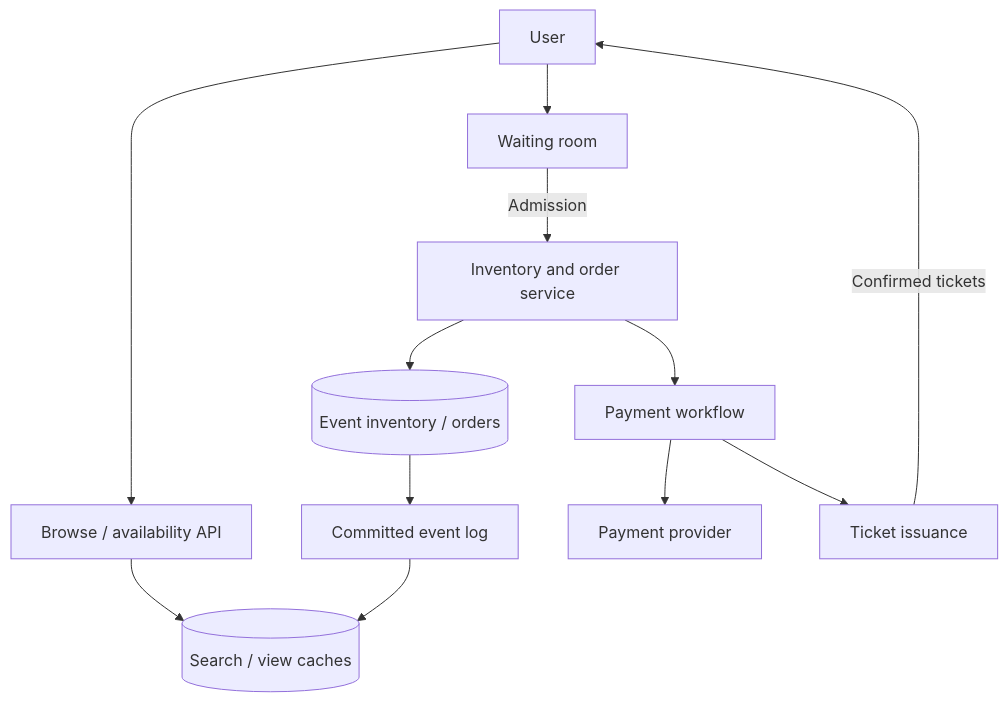
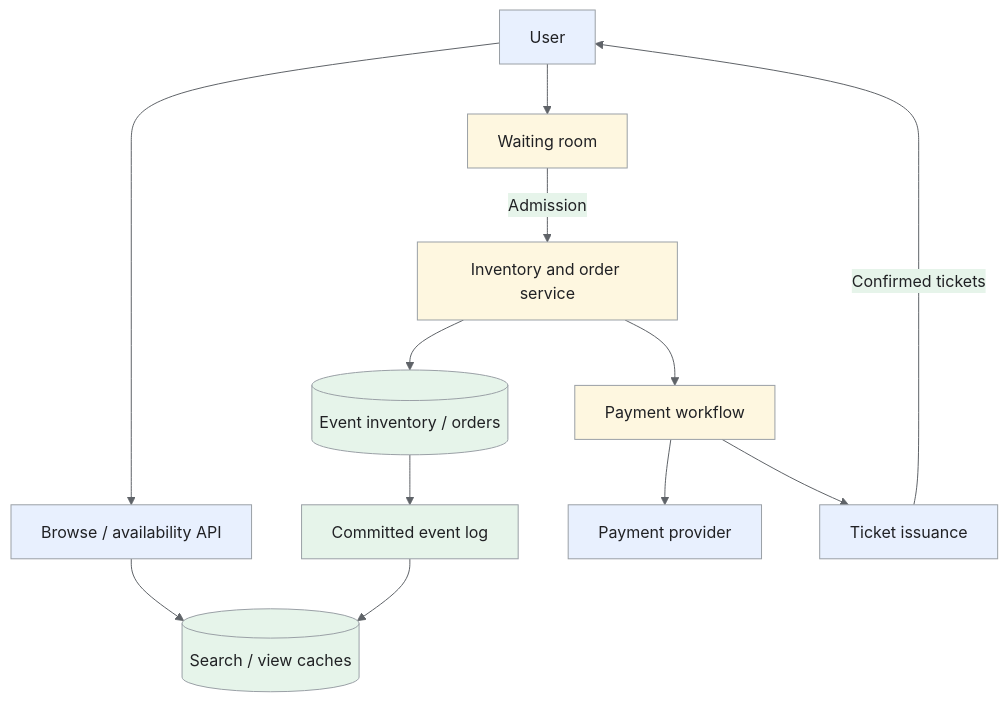
The first of 3 diagrams in _designs/system-design-ticketmaster.md (iliazlobin/iliazlobin.github.io), drawn with Mermaid before and after one commit. The commit also changed other lines of this file and 25 other files, not shown here.

Commit message:
docs: explain Batch B design flows and tradeoffs

````diff
--- a/_designs/system-design-ticketmaster.md
+++ b/_designs/system-design-ticketmaster.md
@@ -151,14 +168,22 @@
 ```mermaid
+%%{init: {'theme':'base','themeVariables':{'primaryColor':'#e8f0fe','primaryTextColor':'#202124','primaryBorderColor':'#9aa0a6','lineColor':'#5f6368','secondaryColor':'#e6f4ea','tertiaryColor':'#fef7e0','actorBkg':'#e8f0fe','actorBorder':'#9aa0a6','actorTextColor':'#202124','noteBkgColor':'#fef7e0','noteTextColor':'#202124','noteBorderColor':'#9aa0a6','signalColor':'#5f6368','signalTextColor':'#202124','labelBoxBkgColor':'#fef7e0','labelBoxBorderColor':'#9aa0a6'}}}%%
 flowchart TB
   U[User] --> B[Browse / availability API]
   U --> W[Waiting room]
   B --> C[(Search / view caches)]
   W -->|Admission| I[Inventory and order service]
   I --> DB[(Event inventory / orders)]
   DB --> Q[Committed event log]
   Q --> C
   I --> P[Payment workflow]
   P --> X[Payment provider]
   P --> T[Ticket issuance]
   T -->|Confirmed tickets| U
+classDef request fill:#e8f0fe,stroke:#9aa0a6,color:#202124;
+classDef data fill:#e6f4ea,stroke:#9aa0a6,color:#202124;
+classDef control fill:#fef7e0,stroke:#9aa0a6,color:#202124;
+class U,B,X,T request;
+class C,DB,Q data;
+class W,I,P control;
+
 ```
````
